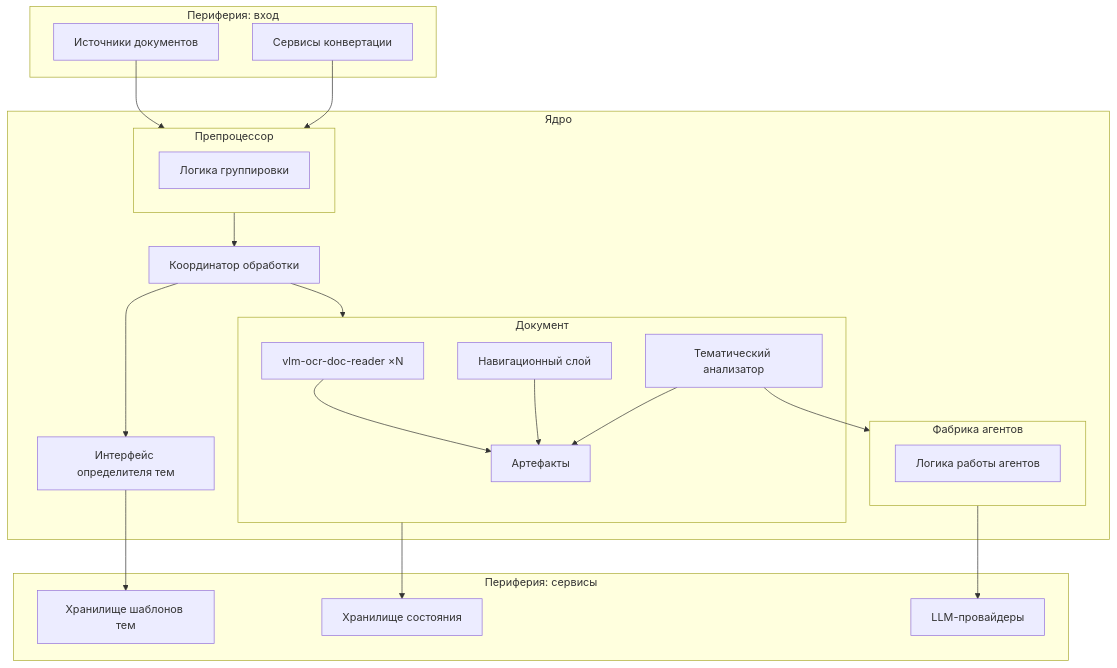
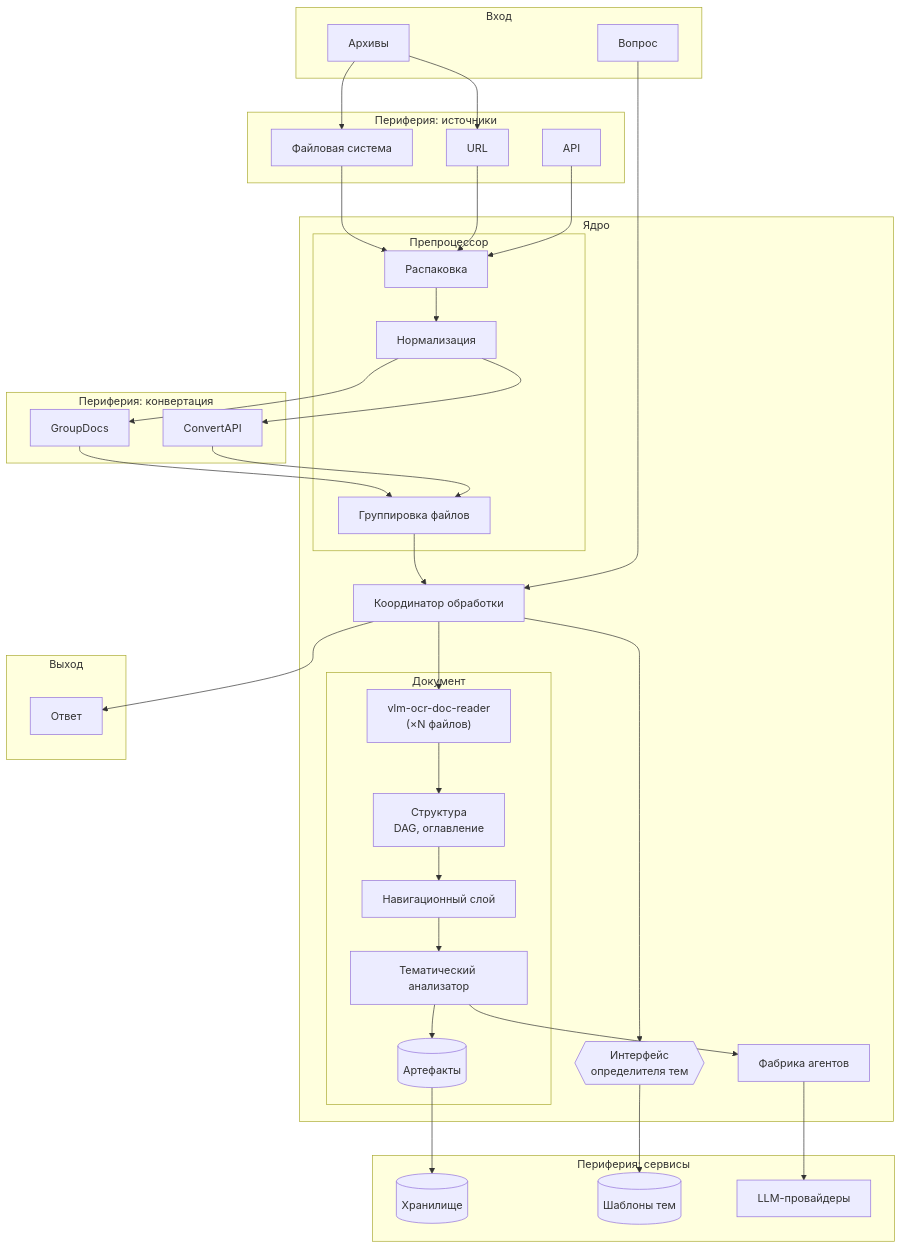
Before and after one commit to Dieugene/agentic-doc-processing: the first of 4 diagrams in 00_docs/architecture/ADPS_Architecture_L2.md, drawn with Mermaid. The commit also changed other lines of this file, not shown here.

Commit message:
Architecture L2 add

````diff
--- a/00_docs/architecture/ADPS_Architecture_L2.md
+++ b/00_docs/architecture/ADPS_Architecture_L2.md
@@ -132,47 +278,73 @@
 ```mermaid
 flowchart TB
-    subgraph periphery_in["Периферия: вход"]
-        SRC[Источники документов]
-        CONV[Сервисы конвертации]
+    subgraph input["Вход"]
+        ARCHIVES[Архивы]
+        QUESTION[Вопрос]
+    end
+
+    subgraph periphery_in["Периферия: источники"]
+        SRC_FS[Файловая система]
+        SRC_URL[URL]
+        SRC_API[API]
+    end
+
+    subgraph periphery_conv["Периферия: конвертация"]
+        GROUPDOCS[GroupDocs]
+        CONVERTAPI[ConvertAPI]
     end
 
     subgraph core["Ядро"]
         subgraph preproc["Препроцессор"]
-            GROUPING[Логика группировки]
+            UNPACK[Распаковка]
+            NORM[Нормализация]
+            GROUP[Группировка файлов]
         end
-        
+
         COORD[Координатор обработки]
-        
+
         subgraph doc["Документ"]
-            VLM[vlm-ocr-doc-reader ×N]
-            ARTIFACTS[Артефакты]
+            VLM["vlm-ocr-doc-reader<br/>(×N файлов)"]
+            STRUCT[Структура<br/>DAG, оглавление]
             NAV[Навигационный слой]
             THEMATIC[Тематический анализатор]
+            ARTIFACTS[(Артефакты)]
         end
-        
-        TOPIC_IF[Интерфейс определителя тем]
-        
-        subgraph agents["Фабрика агентов"]
-            AGENT_LOGIC[Логика работы агентов]
-        end
+
+        AGENTS[Фабрика агентов]
+        TOPIC_IF{{Интерфейс<br/>определителя тем}}
     end
 
     subgraph periphery_out["Периферия: сервисы"]
-        STORAGE[Хранилище состояния]
-        TEMPLATES[Хранилище шаблонов тем]
+        STORAGE[(Хранилище)]
+        TEMPLATES[(Шаблоны тем)]
         LLM[LLM-провайдеры]
     end
 
-    SRC --> preproc
-    CONV --> preproc
-    preproc --> COORD
-    COORD --> doc
+    subgraph output["Выход"]
+        ANSWER[Ответ]
+    end
+
+    ARCHIVES --> SRC_FS
+    ARCHIVES --> SRC_URL
+    SRC_FS --> UNPACK
+    SRC_URL --> UNPACK
+    SRC_API --> UNPACK
+    UNPACK --> NORM
+    NORM --> GROUPDOCS
+    NORM --> CONVERTAPI
+    GROUPDOCS --> GROUP
+    CONVERTAPI --> GROUP
+    GROUP --> COORD
+    QUESTION --> COORD
+    COORD --> VLM
+    VLM --> STRUCT
+    STRUCT --> NAV
     COORD --> TOPIC_IF
     TOPIC_IF --> TEMPLATES
-    doc --> STORAGE
-    THEMATIC --> agents
-    agents --> LLM
-    VLM --> ARTIFACTS
-    NAV --> ARTIFACTS
+    NAV --> THEMATIC
+    THEMATIC --> AGENTS
+    AGENTS --> LLM
     THEMATIC --> ARTIFACTS
+    ARTIFACTS --> STORAGE
+    COORD --> ANSWER
 ```
````
